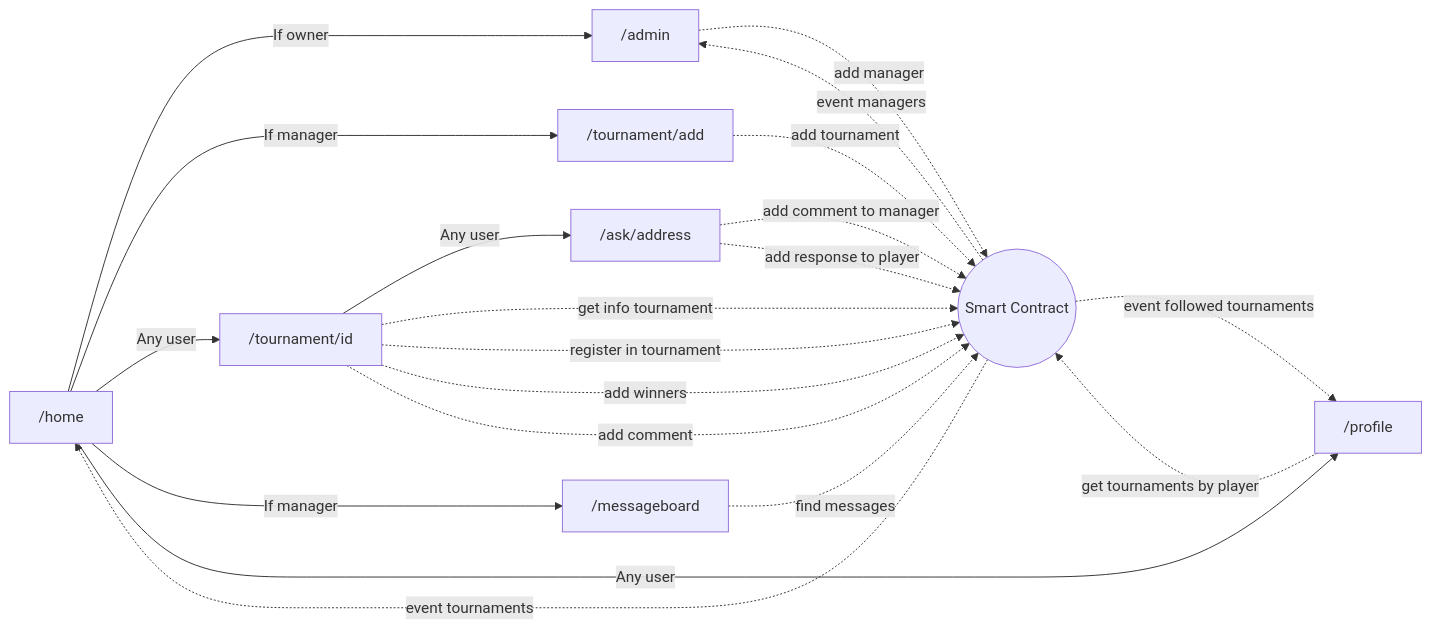
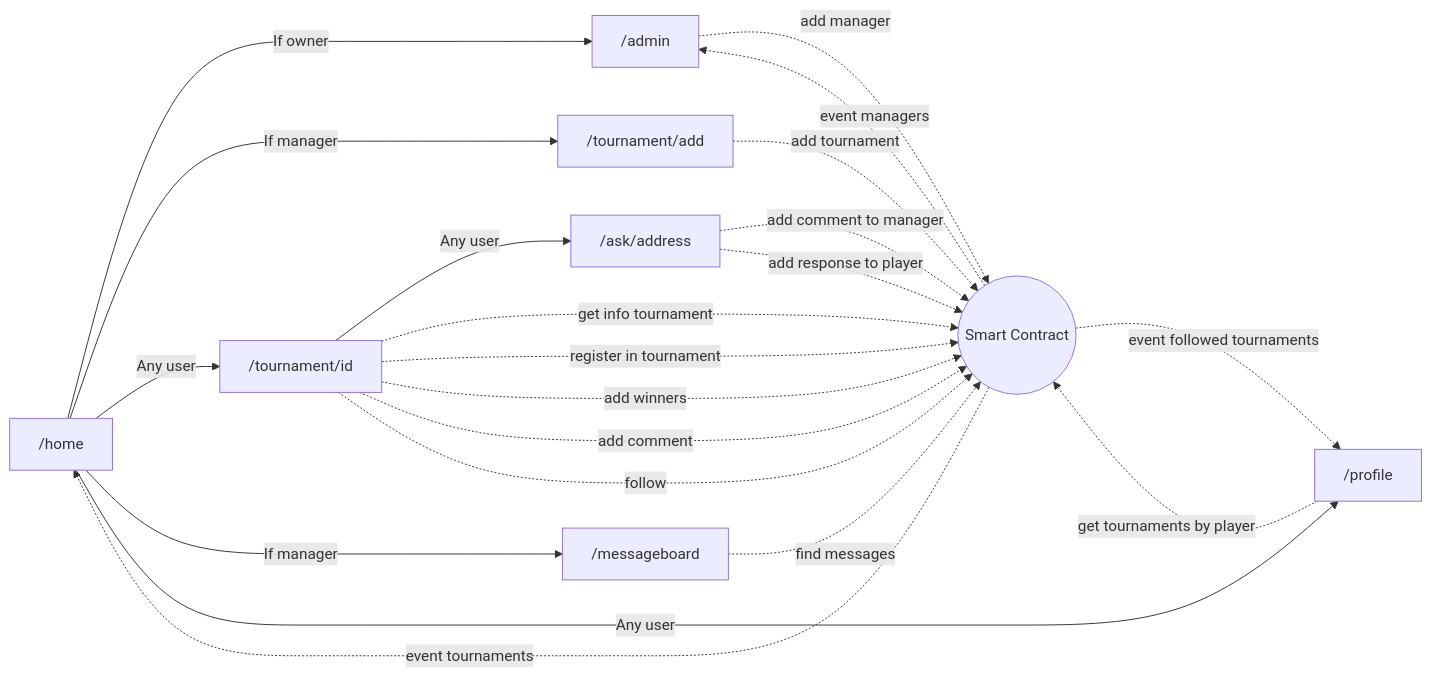
The diagram in README.md (mickablondo/PadelConnect), drawn with Mermaid before and after one commit.

Commit message:
Ajout follow dans schéma des interactions

````diff
--- a/README.md
+++ b/README.md
@@ -31,22 +31,23 @@
 ```mermaid
 flowchart >
     A[ /home] -->|If owner| B[ /admin]
     A -->|If manager| C[ /tournament/add]
     A -->|Any user| D[ /tournament/id]
     A -->|If manager| H[ /messageboard]
     A -->|Any user| F[ /profile]
     D -->|Any user| G[ /ask/address]
     B -.->|add manager| I((Smart Contract))
     C -.->|add tournament| I
     D -.->|get info tournament| I
     D -.->|register in tournament| I
     D -.->|add winners| I
     D -.->|add comment| I
+    D -.->|follow| I
     F -.->|get tournaments by player| I
     G -.->|add comment to manager| I
     G -.->|add response to player| I
     H -.->|find messages| I
     I -.->|event tournaments| A
     I -.->|event managers| B
     I -.->|event followed tournaments| F
 ```
````
